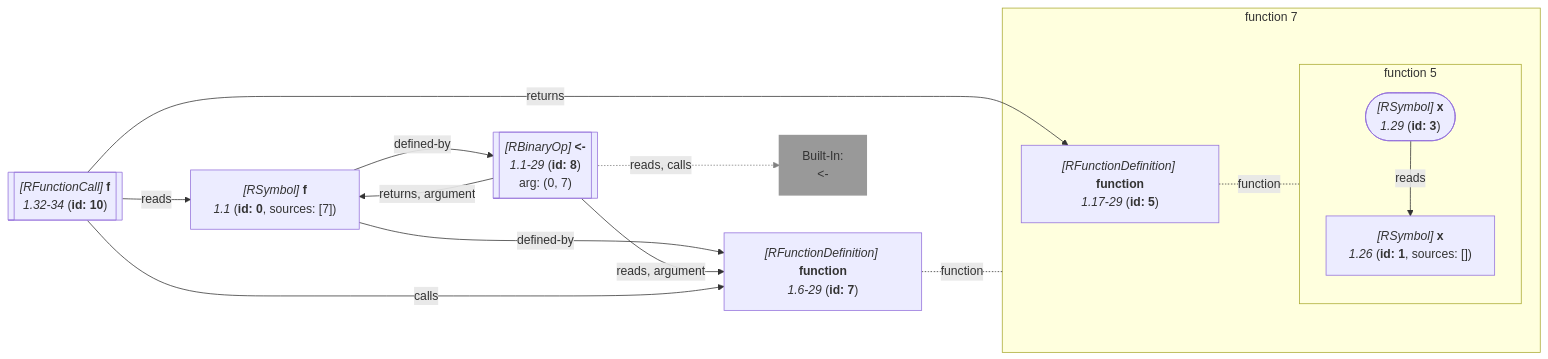
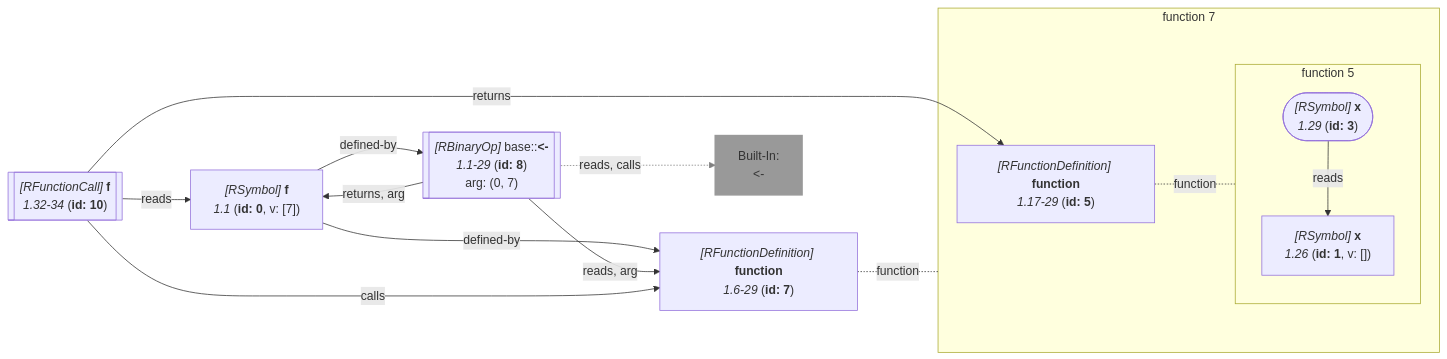
Before and after one commit to flowr-analysis/flowr: diagram 14 of 21 in wiki/Query API.md, drawn with Mermaid. The commit also changed other lines of this file and 135 other files, not shown here.

````diff
--- a/wiki/Query API.md
+++ b/wiki/Query API.md
@@ -4814,52 +4818,52 @@
 ```mermaid
 flowchart LR
     7["`*#91;RFunctionDefinition#93;* **function**
       *1.6-29* (**id: 7**)`"]
 
 subgraph "flow-7" [function 7]
     %% Environment of 5 [level: 1]:
     %% Built-in
-    %% 2553----------------------------------------
-    %% 2554----------------------------------------
+    %% 2630----------------------------------------
+    %% 2631----------------------------------------
     5["`*#91;RFunctionDefinition#93;* **function**
       *1.17-29* (**id: 5**)`"]
 
 subgraph "flow-5" [function 5]
     1["`*#91;RSymbol#93;* **x**
-      *1.26* (**id: 1**, sources: [])`"]
+      *1.26* (**id: 1**, v: [])`"]
    %% No edges found for 1
     3(["`*#91;RSymbol#93;* **x**
       *1.29* (**id: 3**)`"])
 end
    %% No edges found for 5
 end
    %% No edges found for 7
     0["`*#91;RSymbol#93;* **f**
-      *1.1* (**id: 0**, sources: [7])`"]
-    8[["`*#91;RBinaryOp#93;* **#60;#45;**
+      *1.1* (**id: 0**, v: [7])`"]
+    8[["`*#91;RBinaryOp#93;* base#58;#58;**#60;#45;**
       *1.1-29* (**id: 8**)
     arg: (0, 7)`"]]
     built-in:_-["`Built-In:
 #60;#45;`"]
     style built-in:_- stroke:gray,fill:gray,stroke-width:2px,opacity:.8;
     %% Environment of 10 [level: 0]:
     %% Built-in
-    %% 2562----------------------------------------
+    %% 2639----------------------------------------
     %%   f: {**f** (id: 0, type: Function, def. @8)}
     10[["`*#91;RFunctionCall#93;* **f**
       *1.32-34* (**id: 10**)`"]]
     3 -->|"reads"| 1
 5 -.-|function| flow-5
 
 7 -.-|function| flow-7
 
     0 -->|"defined-by"| 7
     0 -->|"defined-by"| 8
-    8 -->|"reads, argument"| 7
-    8 -->|"returns, argument"| 0
+    8 -->|"reads, arg"| 7
+    8 -->|"returns, arg"| 0
     8 -.->|"reads, calls"| built-in:_-
     linkStyle 7 stroke:gray;
     10 -->|"reads"| 0
     10 -->|"returns"| 5
     10 -->|"calls"| 7
 ```
````
